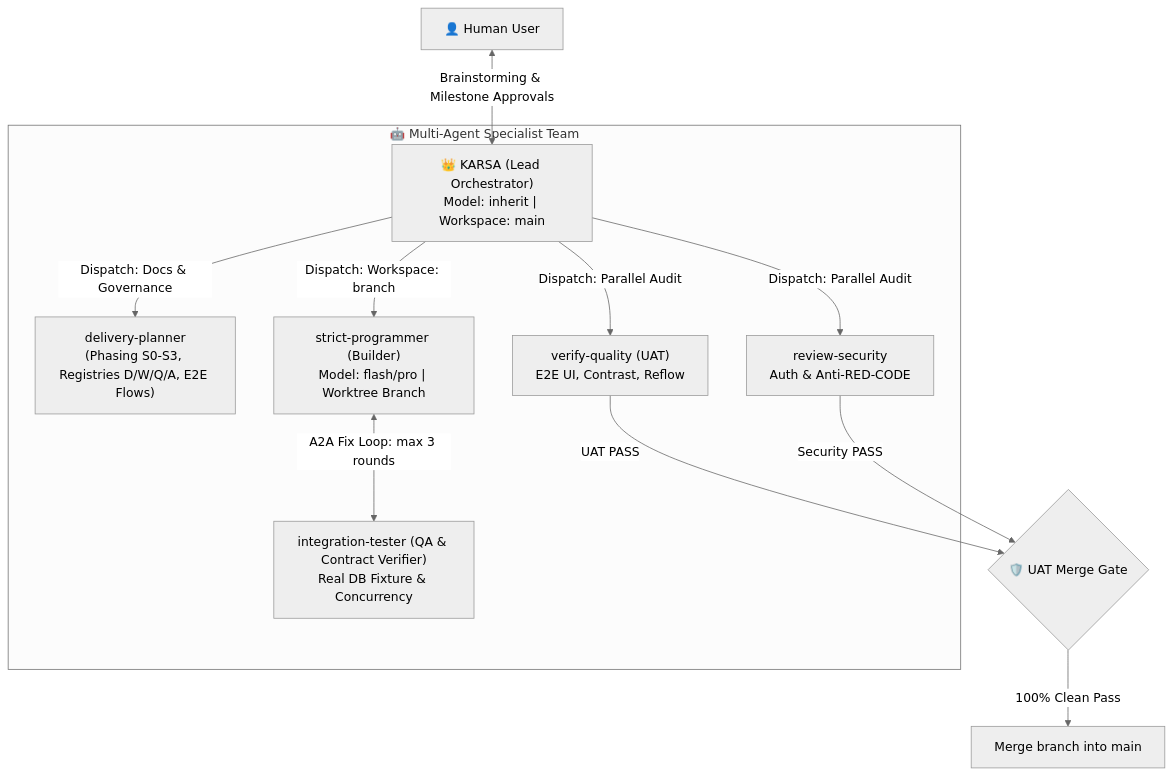
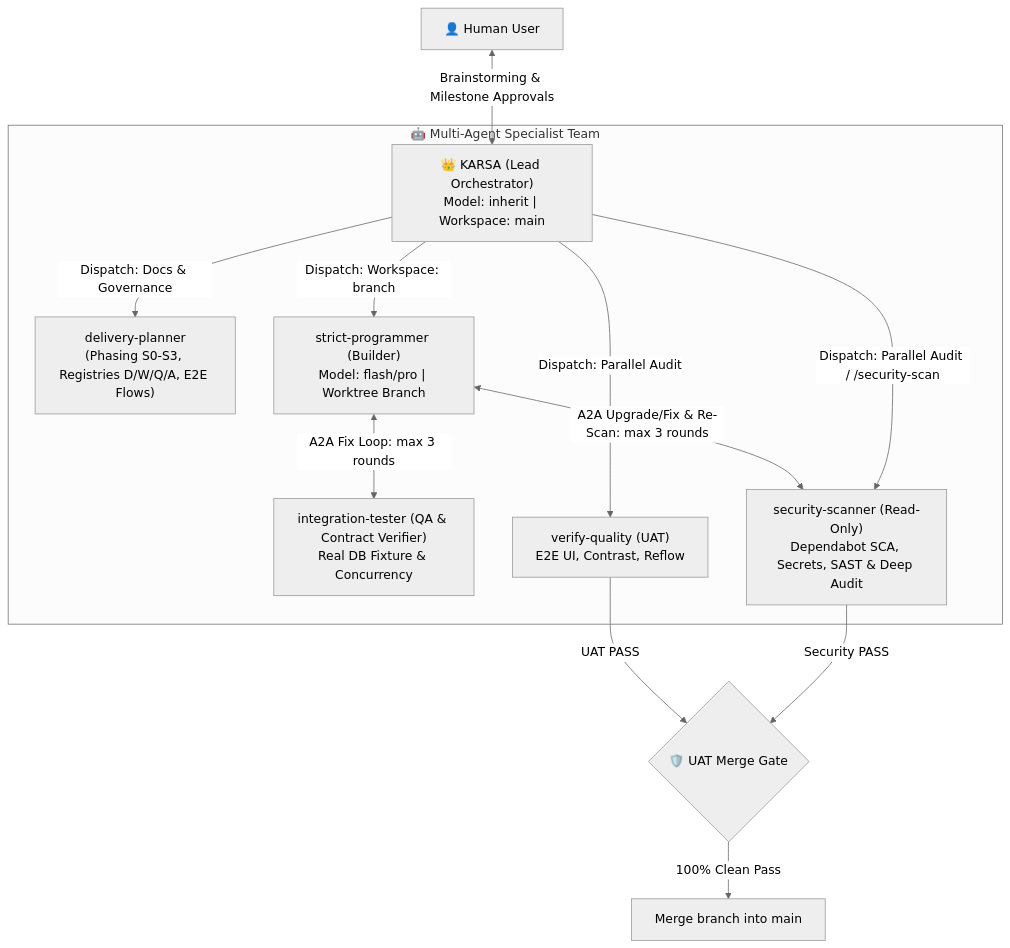
One commit to bestlian/karsa-orchestrator changed the diagram in README.md. Above: the diagram before and after it, drawn with Mermaid (neutral theme). The commit also changed other lines of this file and 20 other files, not shown here.

First line of the commit message:
feat(v2.1.0): add read-only security-scanner, tiered tracks, karsa-tools CLI, and Phase 8 maintenance

````diff
--- a/README.md
+++ b/README.md
@@ -187,18 +194,19 @@
 ```mermaid
 flowchart TD
     User["👤 Human User"] <-->|Brainstorming & Milestone Approvals| KARSA["👑 KARSA (Lead Orchestrator)\nModel: inherit | Workspace: main"]
     
     subgraph MultiAgentTeam ["🤖 Multi-Agent Specialist Team"]
         KARSA -->|Dispatch: Docs & Governance| Planner["delivery-planner\n(Phasing S0-S3, Registries D/W/Q/A, E2E Flows)"]
         
         KARSA -->|Dispatch: Workspace: branch| Builder["strict-programmer (Builder)\nModel: flash/pro | Worktree Branch"]
         Builder <-->|A2A Fix Loop: max 3 rounds| Tester["integration-tester (QA & Contract Verifier)\nReal DB Fixture & Concurrency"]
+        Builder <-->|A2A Upgrade/Fix & Re-Scan: max 3 rounds| SecAuditor["security-scanner (Read-Only)\nDependabot SCA, Secrets, SAST & Deep Audit"]
         
         KARSA -->|Dispatch: Parallel Audit| UATAuditor["verify-quality (UAT)\nE2E UI, Contrast, Reflow"]
-        KARSA -->|Dispatch: Parallel Audit| SecAuditor["review-security\nAuth & Anti-RED-CODE"]
+        KARSA -->|Dispatch: Parallel Audit / /security-scan| SecAuditor
     end
     
     UATAuditor -->|UAT PASS| MergeGate{"🛡️ UAT Merge Gate"}
     SecAuditor -->|Security PASS| MergeGate
     MergeGate -->|100% Clean Pass| MergeAction["Merge branch into main"]
 ```
````
